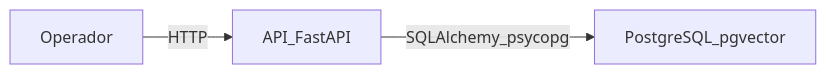
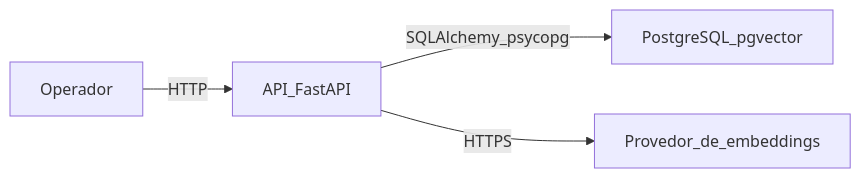
The second of 3 diagrams in docs/architecture/c4.md (ricartefelipe/nexo-ai-knowledge), drawn with Mermaid before and after one commit. The commit also changed other lines of this file and 8 other files, not shown here.

````diff
--- a/docs/architecture/c4.md
+++ b/docs/architecture/c4.md
@@ -20,8 +22,10 @@
 ```mermaid
 flowchart LR
   operator[Operador]
   api[API_FastAPI]
   postgres[PostgreSQL_pgvector]
+  embeddings[Provedor_de_embeddings]
   operator -->|"HTTP"| api
   api -->|"SQLAlchemy_psycopg"| postgres
+  api -->|"HTTPS"| embeddings
 ```
````
